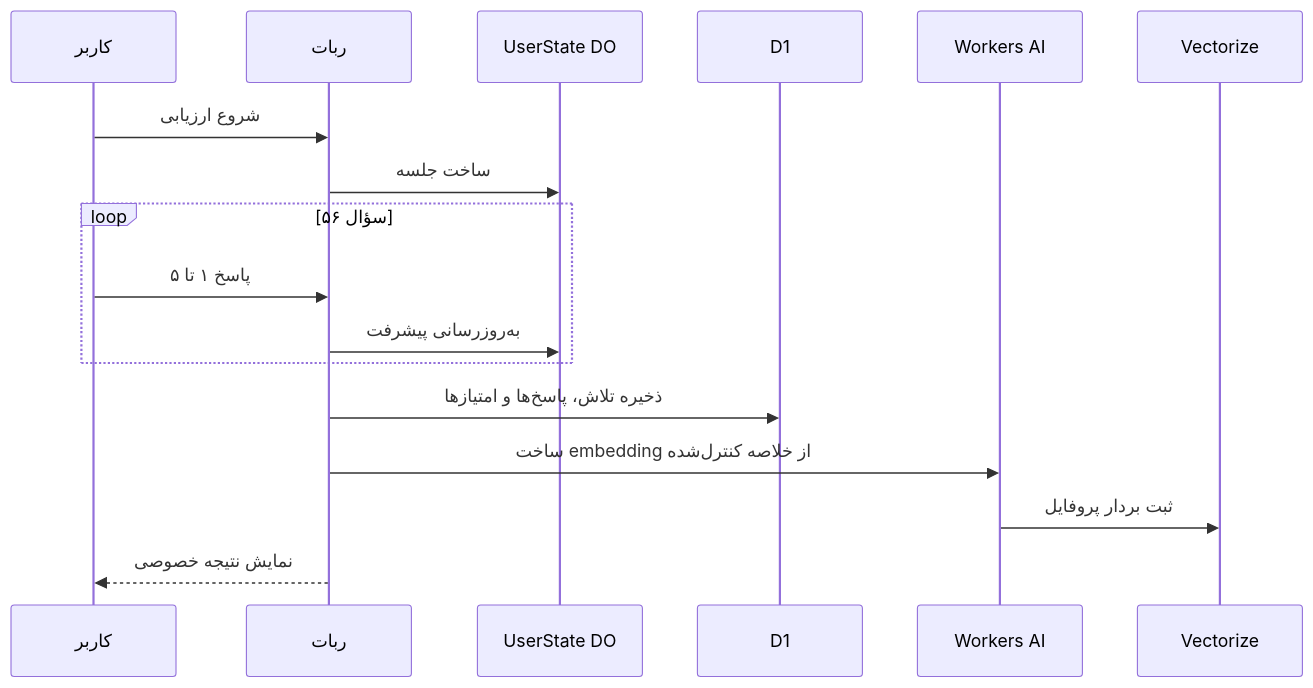
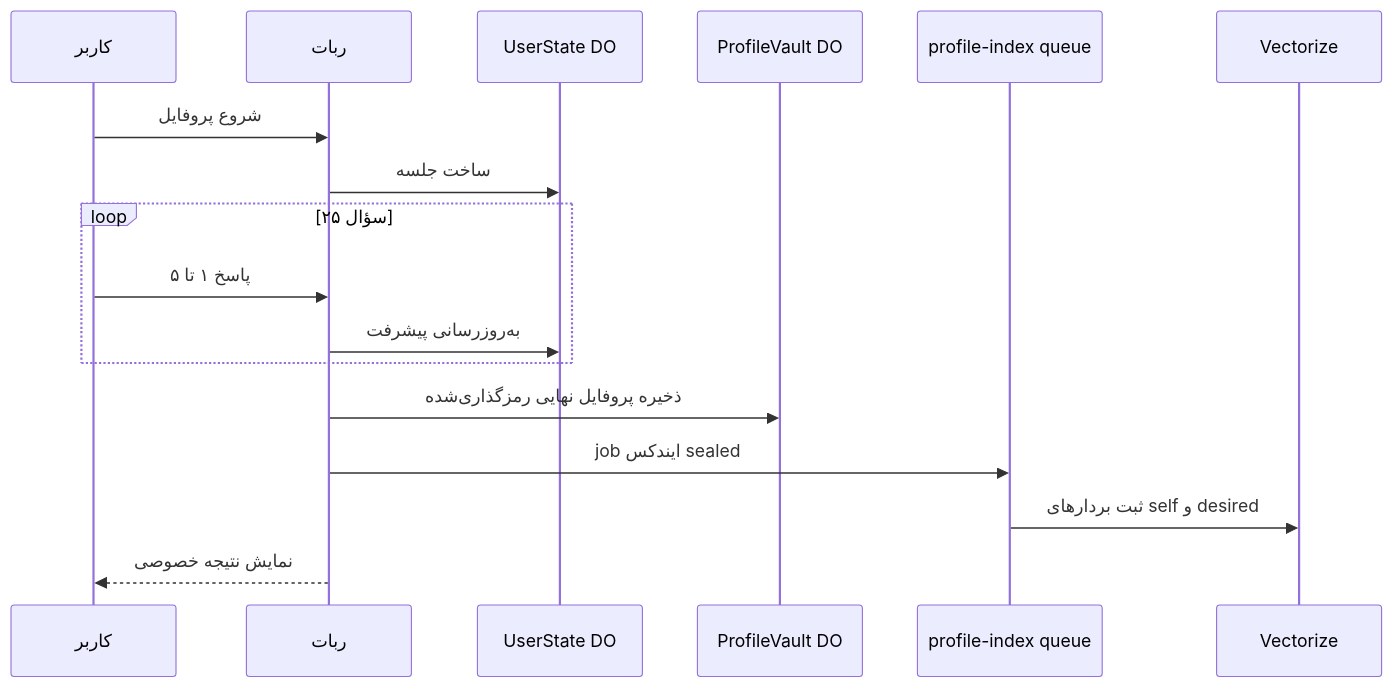
One commit to mohetios/mohetios.dev changed the eighth of 10 diagrams in content/fa/lab/nekonymous-anonymous-messaging-technical-lab.md. Above: the diagram before and after it, drawn with Mermaid. The commit also changed other lines of this file and 1 other file, not shown here.

````diff
--- a/content/fa/lab/nekonymous-anonymous-messaging-technical-lab.md
+++ b/content/fa/lab/nekonymous-anonymous-messaging-technical-lab.md
@@ -472,20 +521,20 @@
 ```mermaid
 sequenceDiagram
   participant U as کاربر
   participant B as ربات
   participant DO as UserState DO
-  participant D1 as D1
-  participant AI as Workers AI
+  participant PV as ProfileVault DO
+  participant Q as profile-index queue
   participant V as Vectorize
 
-  U->>B: شروع ارزیابی
+  U->>B: شروع پروفایل
   B->>DO: ساخت جلسه
-  loop ۵۶ سؤال
+  loop ۲۵ سؤال
     U->>B: پاسخ ۱ تا ۵
     B->>DO: به‌روزرسانی پیشرفت
   end
-  B->>D1: ذخیره تلاش، پاسخ‌ها و امتیازها
-  B->>AI: ساخت embedding از خلاصه کنترل‌شده
-  AI->>V: ثبت بردار پروفایل
+  B->>PV: ذخیره پروفایل نهایی رمزگذاری‌شده
+  B->>Q: job ایندکس sealed
+  Q->>V: ثبت بردارهای self و desired
   B-->>U: نمایش نتیجه خصوصی
 ```
````
